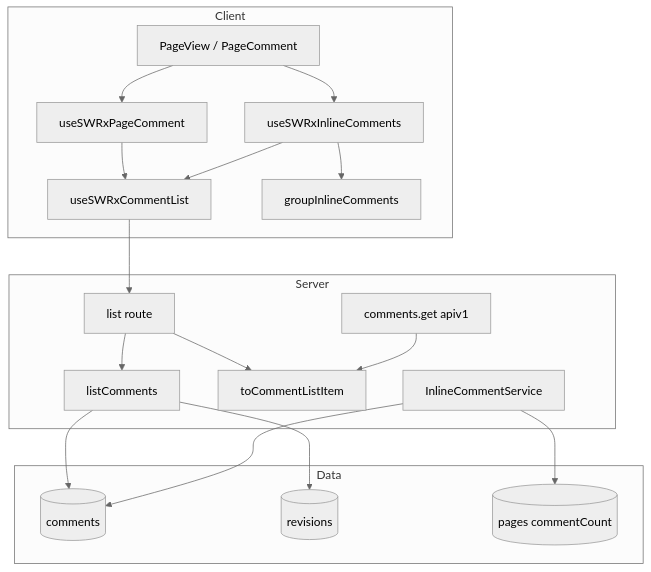
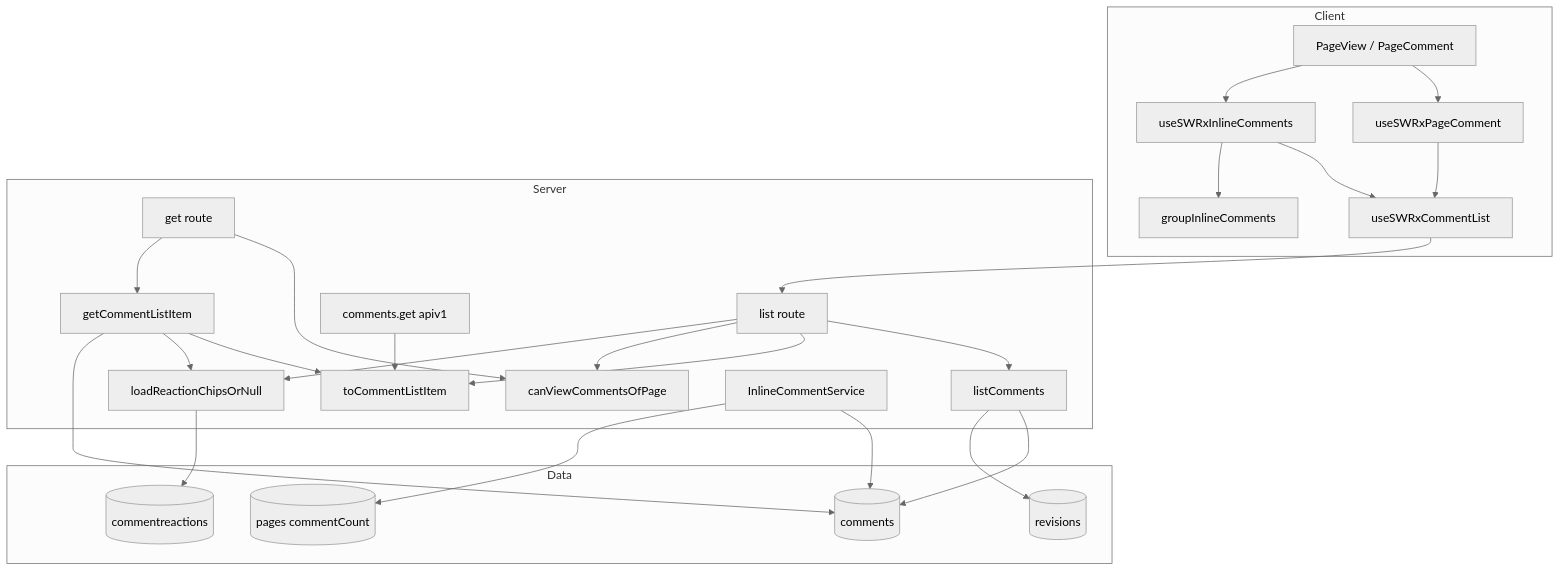
One commit to weseek/growi changed the first of 2 diagrams in .kiro/specs/comment/design.md. Above: the diagram before and after it, drawn with Mermaid (neutral theme). The commit also changed other lines of this file and 2 other files, not shown here.

Commit message:
docs(spec): write back reactions and single comment API to comment spec

````diff
--- a/.kiro/specs/comment/design.md
+++ b/.kiro/specs/comment/design.md
@@ -63,35 +71,48 @@
 ```mermaid
 graph TB
   subgraph Client
     Page[PageView / PageComment]
     SharedList[useSWRxCommentList]
     NormalView[useSWRxPageComment]
     InlineView[useSWRxInlineComments]
     Group[groupInlineComments]
   end
   subgraph Server
     Route[list route]
+    GetRoute[get route]
     Service[listComments]
+    GetService[getCommentListItem]
     Mapper[toCommentListItem]
+    Authz[canViewCommentsOfPage]
+    Loader[loadReactionChipsOrNull]
     ApiV1[comments.get apiv1]
     InlineSvc[InlineCommentService]
   end
   subgraph Data
     Comments[(comments)]
     Revisions[(revisions)]
     Pages[(pages commentCount)]
+    Reactions[(commentreactions)]
   end
   Page --> NormalView
   Page --> InlineView
   NormalView --> SharedList
   InlineView --> SharedList
   InlineView --> Group
   SharedList --> Route
   Route --> Service
   Route --> Mapper
+  Route --> Authz
+  Route --> Loader
+  GetRoute --> Authz
+  GetRoute --> GetService
+  GetService --> Mapper
+  GetService --> Loader
+  GetService --> Comments
+  Loader --> Reactions
   ApiV1 --> Mapper
   Service --> Comments
   Service --> Revisions
   InlineSvc --> Comments
   InlineSvc --> Pages
 ```
````
